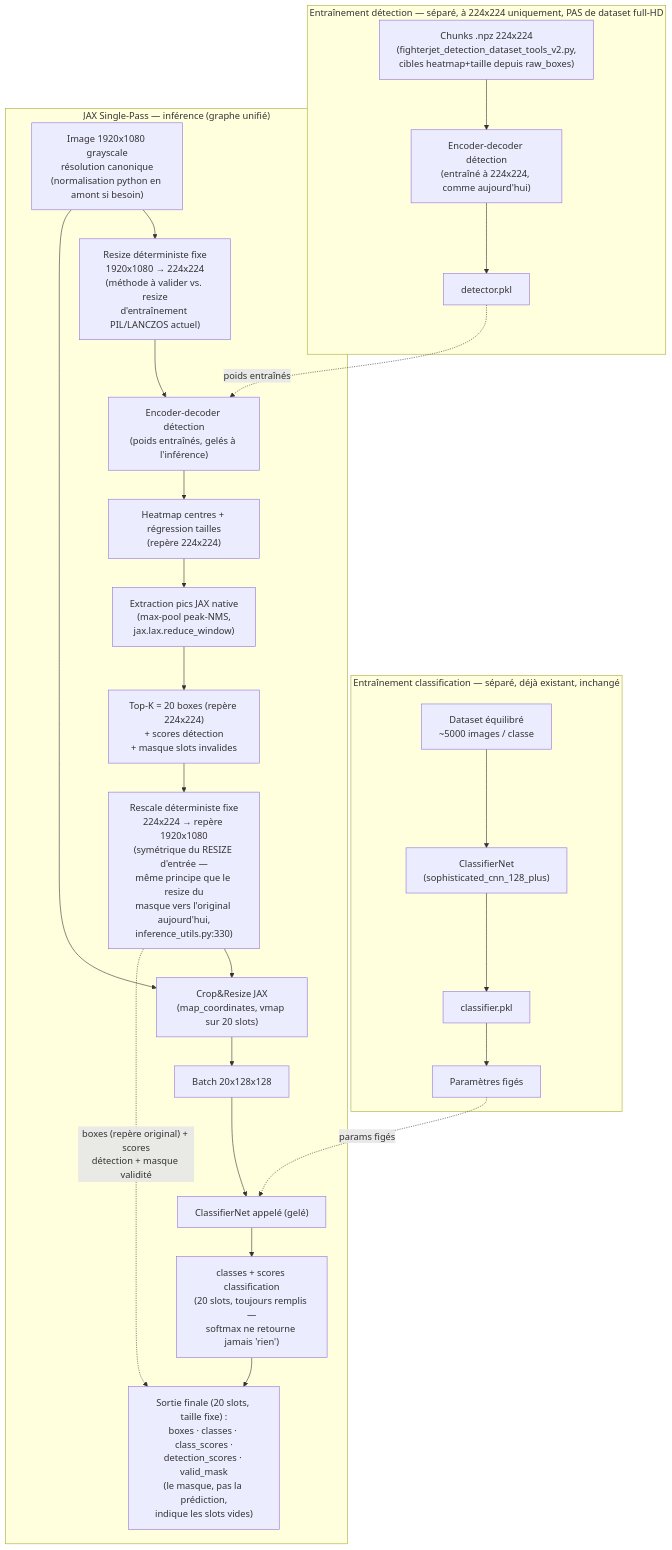
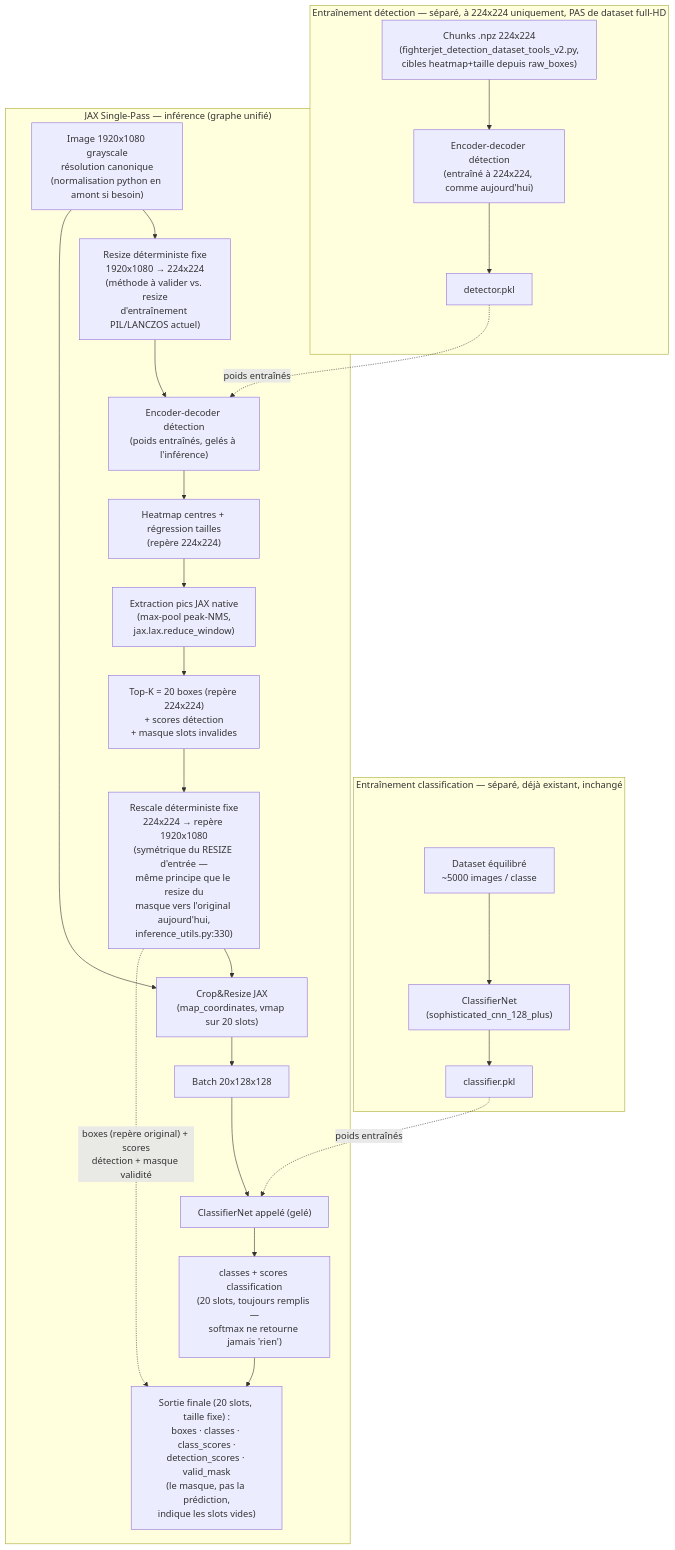
Before and after one commit to aobled/jax_supervised_training: the diagram in _bmad-output/planning-artifacts/notes-jax-single-pass.md, drawn with Mermaid. The commit also changed other lines of this file and 1 other file, not shown here.

Commit message:
Fix diagram inconsistency: symmetric frozen-weights handling
User caught a real inconsistency: the classification training branch
had an extra FROZEN node between the .pkl and its use, while the
detection training branch connected the .pkl directly. Both are
treated identically at inference (loaded weights, no gradient) - this
was a leftover from the diagram's earliest version (written before
the detection training subgraph existed), never harmonized. Removed
the redundant node; both branches now connect .pkl directly to their
inference call site, with the dotted-edge label alone carrying the
"frozen" semantics.

````diff
--- a/_bmad-output/planning-artifacts/notes-jax-single-pass.md
+++ b/_bmad-output/planning-artifacts/notes-jax-single-pass.md
@@ -111,34 +111,33 @@
 ```mermaid
 flowchart TB
     subgraph TRAIN["Entraînement classification — séparé, déjà existant, inchangé"]
         DS["Dataset équilibré<br/>~5000 images / classe"]
         DS --> CLF["ClassifierNet<br/>(sophisticated_cnn_128_plus)"]
         CLF --> PKL["classifier.pkl"]
-        PKL --> FROZEN["Paramètres figés"]
     end
 
     subgraph DETTRAIN["Entraînement détection — séparé, à 224x224 uniquement, PAS de dataset full-HD"]
         DSD["Chunks .npz 224x224<br/>(fighterjet_detection_dataset_tools_v2.py,<br/>cibles heatmap+taille depuis raw_boxes)"]
         DSD --> ENCTRAIN["Encoder-decoder détection<br/>(entraîné à 224x224, comme aujourd'hui)"]
         ENCTRAIN --> DETPKL["detector.pkl"]
     end
 
     subgraph DETECT["JAX Single-Pass — inférence (graphe unifié)"]
         IMG["Image 1920x1080 grayscale<br/>résolution canonique<br/>(normalisation python en amont si besoin)"]
         IMG --> RESIZE["Resize déterministe fixe<br/>1920x1080 → 224x224<br/>(méthode à valider vs. resize<br/>d'entraînement PIL/LANCZOS actuel)"]
         RESIZE --> ENC["Encoder-decoder détection<br/>(poids entraînés, gelés à l'inférence)"]
         DETPKL -.poids entraînés.-> ENC
         ENC --> HM["Heatmap centres + régression tailles<br/>(repère 224x224)"]
         HM --> PEAK["Extraction pics JAX native<br/>(max-pool peak-NMS,<br/>jax.lax.reduce_window)"]
         PEAK --> TOPK["Top-K = 20 boxes (repère 224x224)<br/>+ scores détection<br/>+ masque slots invalides"]
         TOPK --> RESCALE["Rescale déterministe fixe<br/>224x224 → repère 1920x1080<br/>(symétrique du RESIZE d'entrée —<br/>même principe que le resize du<br/>masque vers l'original aujourd'hui,<br/>inference_utils.py:330)"]
         IMG --> CROP["Crop&Resize JAX<br/>(map_coordinates, vmap sur 20 slots)"]
         RESCALE --> CROP
         CROP --> BATCH["Batch 20x128x128"]
         BATCH --> CLFCALL["ClassifierNet appelé (gelé)"]
-        FROZEN -.params figés.-> CLFCALL
+        PKL -.poids entraînés.-> CLFCALL
         CLFCALL --> CLSOUT["classes + scores classification<br/>(20 slots, toujours remplis —<br/>softmax ne retourne jamais 'rien')"]
         RESCALE -."boxes (repère original) + scores<br/>détection + masque validité".-> OUT
         CLSOUT --> OUT["Sortie finale (20 slots, taille fixe) :<br/>boxes · classes · class_scores ·<br/>detection_scores · valid_mask<br/>(le masque, pas la prédiction,<br/>indique les slots vides)"]
     end
 ```
````
